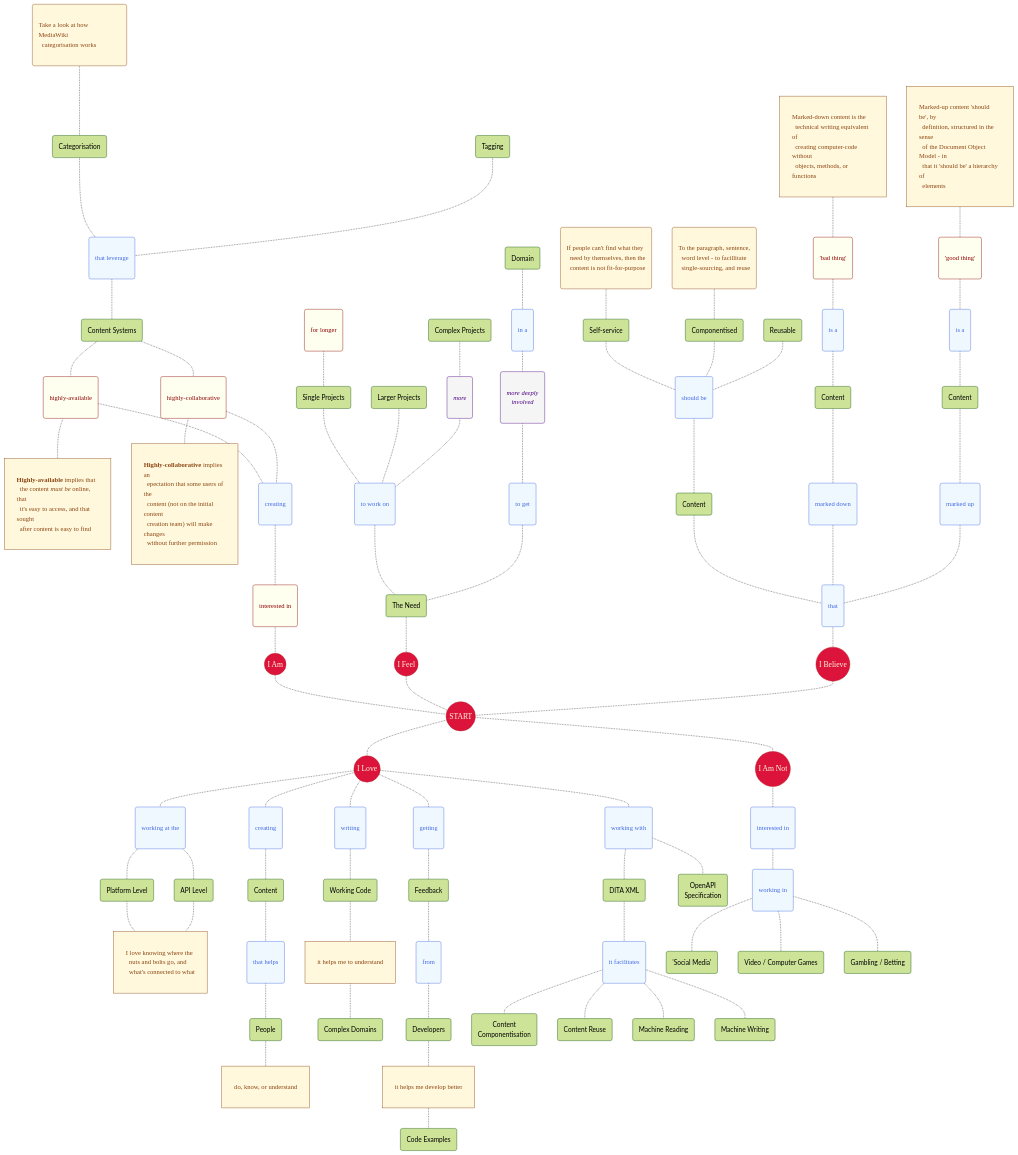
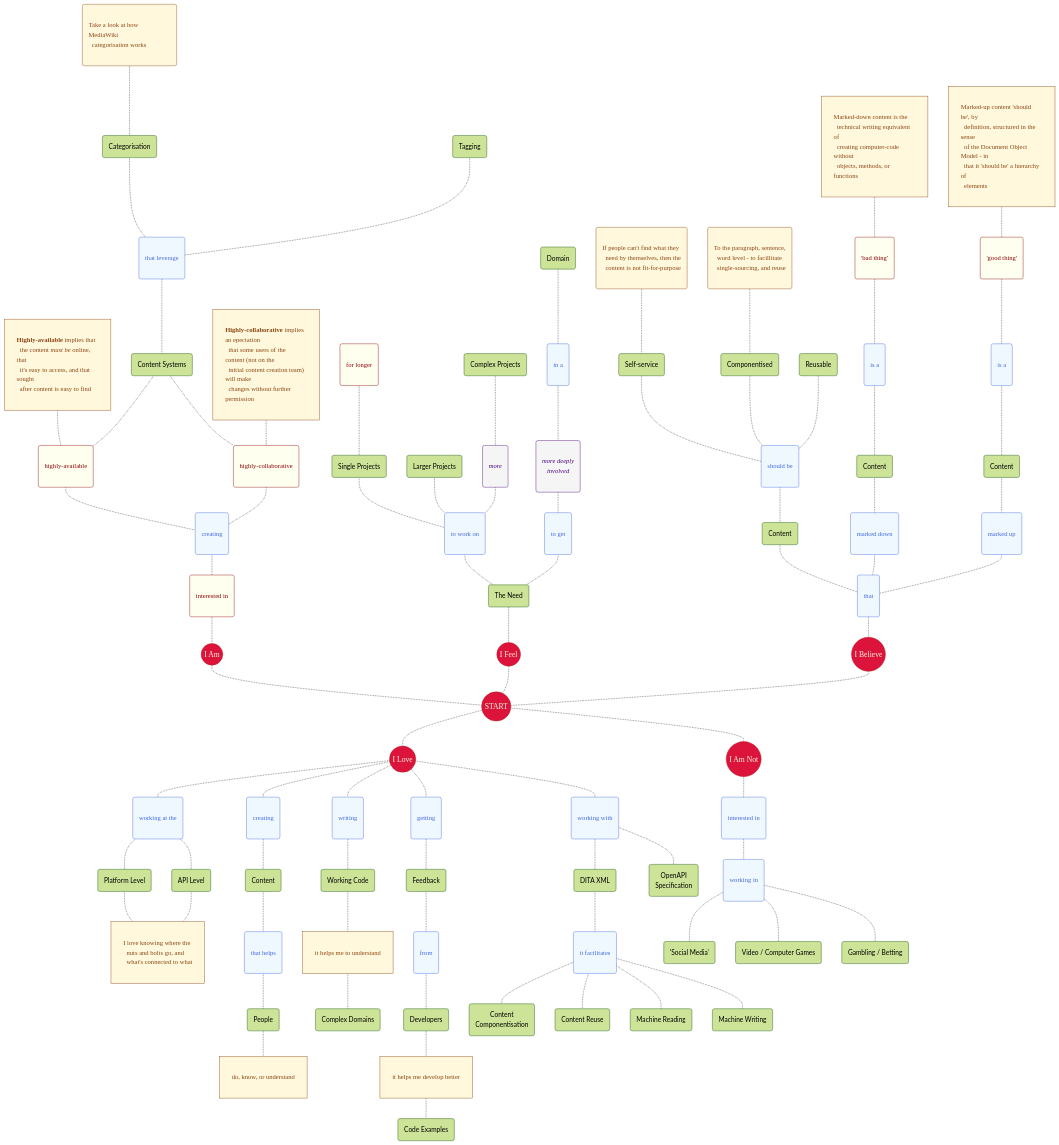
One commit to joe-dorward/samples changed the diagram in my_mermaid_mindmap.md. Above: the diagram before and after it, drawn with Mermaid.

```diff
--- a/my_mermaid_mindmap.md
+++ b/my_mermaid_mindmap.md
@@ -21,7 +21,9 @@
   MARKED_UP_CONTENT_NOTE["Marked-up content 'should be', by<br/>&ensp;definition, structured in the sense<br/>&ensp;of the Document Object Model - in<br/>&ensp;that it 'should be' a hierarchy of<br/>&ensp;elements"]
 
   HIGHLY_AVAILABLE_NOTE["<b>Highly-available</b> implies that<br/>&ensp;the content <i>must be</i> online, that<br/>&ensp;it's easy to access, and that sought<br/>&ensp;after content is easy to find"]
-  HIGHLY_COLABORATIVE_NOTE["<b>Highly-collaborative</b> implies an<br/>&ensp;epectation that some users of the<br/>&ensp;content (not on the initial content<br/>&ensp;creation team) will make changes<br/>&ensp;without further permission"]
+  %%HIGHLY_COLABORATIVE_NOTE["<b>Highly-collaborative</b> implies an<br/>&ensp;epectation that some users of the<br/>&ensp;content (not on the initial content<br/>&ensp;creation team) will make changes<br/>&ensp;without further permission"]
+  HIGHLY_COLABORATIVE_NOTE["<b>Highly-collaborative</b> implies an epectation<br/>&ensp;that some users of the content (not on the<br/>&ensp;initial content creation team) will make<br/>&ensp;changes without further permission"]
+
 
   class SELF_SERVICE_NOTE,CATEGORISATION_NOTE,COMPONENTISED_NOTE,PLATFORM_LEVEL_NOTE,MARKED_DOWN_CONTENT_NOTE,MARKED_UP_CONTENT_NOTE,HIGHLY_AVAILABLE_NOTE,HIGHLY_COLABORATIVE_NOTE Note;
 
@@ -35,8 +37,6 @@
   MARKED_DOWN_CONTENT_NOTE-.-BAD_THING
   MARKED_UP_CONTENT_NOTE-.-GOOD_THING
 
-  HIGHLY_AVAILABLE-.-HIGHLY_AVAILABLE_NOTE
-  HIGHLY_COLABORATIVE-.-HIGHLY_COLABORATIVE_NOTE
   %% ========== ========== ========== ========== ==========
   I_AM(("I Am")):::Start
   I_AM-.-START
@@ -54,12 +54,20 @@
   class INTERESTED_IN,HIGHLY_AVAILABLE,HIGHLY_FINDABLE,HIGHLY_COLABORATIVE Adjective;
   class CREATING_2,THAT_LEVERAGE Verb;
 
-
   CATEGORISATION-.-THAT_LEVERAGE
   TAGGING-.-THAT_LEVERAGE
 
-  THAT_LEVERAGE-.-CONTENT_SYSTEMS-.-HIGHLY_AVAILABLE-.-CREATING_2
+  %%THAT_LEVERAGE-.-
+  %%CONTENT_SYSTEMS-.-HIGHLY_AVAILABLE-.-CREATING_2
+  %%HIGHLY_AVAILABLE_NOTE-.-HIGHLY_AVAILABLE
+
+  THAT_LEVERAGE-.-CONTENT_SYSTEMS
+
+  HIGHLY_AVAILABLE_NOTE-.-HIGHLY_AVAILABLE
+  CONTENT_SYSTEMS-.-HIGHLY_AVAILABLE-.-CREATING_2
+
   CONTENT_SYSTEMS-.-HIGHLY_COLABORATIVE-.-CREATING_2
+  HIGHLY_COLABORATIVE_NOTE-.-HIGHLY_COLABORATIVE
 
   CREATING_2-.-INTERESTED_IN-.-I_AM
   %% ========== ========== ========== ========== ==========
```
